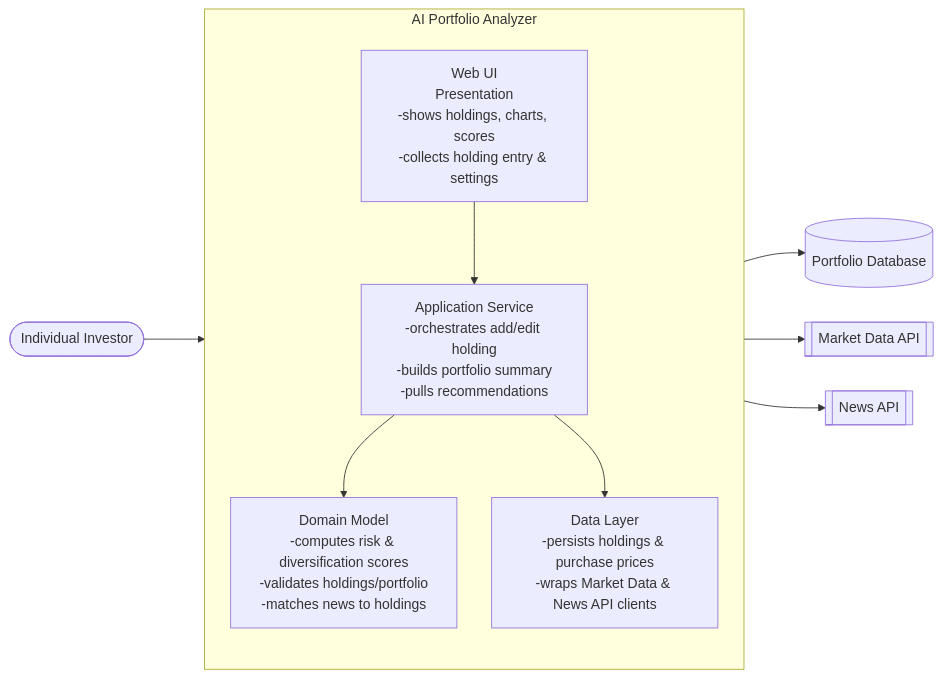
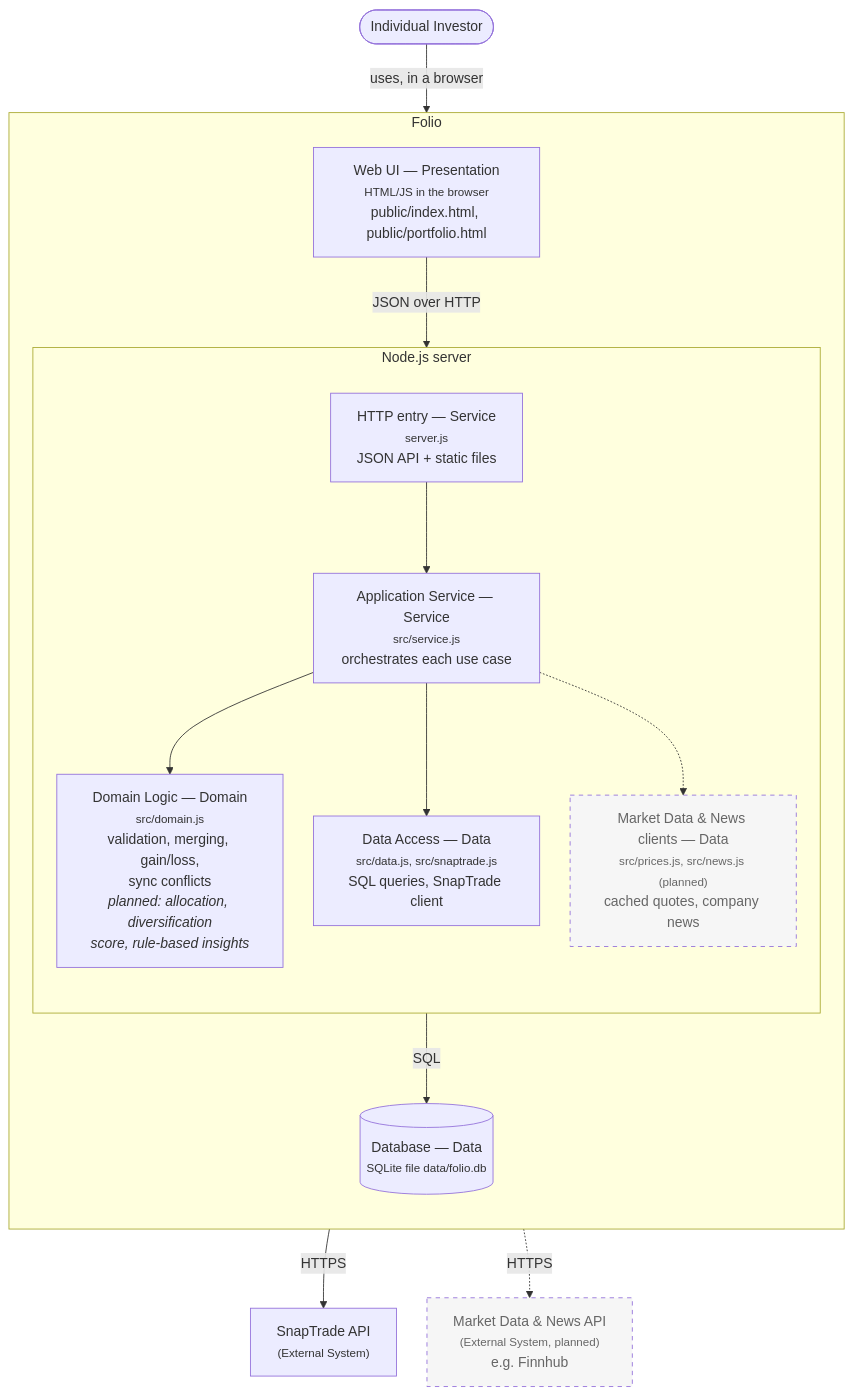
The second of 4 diagrams in README.md (dquin144/cen5064-project-quinones), drawn with Mermaid before and after one commit. The commit also changed other lines of this file and 2 other files, not shown here.

````diff
--- a/README.md
+++ b/README.md
@@ -75,24 +132,35 @@
 ```mermaid
-%%{init: {'flowchart': {'nodeSpacing': 40, 'rankSpacing': 70, 'curve': 'basis'}}}%%
-flowchart LR
-    user([Individual Investor])
- 
-    subgraph System [AI Portfolio Analyzer]
+%%{init: {'flowchart': {'nodeSpacing': 35, 'rankSpacing': 55, 'curve': 'basis'}}}%%
+flowchart TB
+    user(["Individual Investor"])
+
+    subgraph folio [Folio]
         direction TB
-        ui[Web UI<br/>Presentation<br/>-shows holdings, charts, scores<br/>-collects holding entry & settings]
-        service[Application Service<br/>-orchestrates add/edit holding<br/>-builds portfolio summary<br/>-pulls recommendations]
-        domain[Domain Model<br/>-computes risk & diversification scores<br/>-validates holdings/portfolio<br/>-matches news to holdings]
-        data[Data Layer<br/>-persists holdings & purchase prices<br/>-wraps Market Data & News API clients]
-        ui --> service --> domain
-        service --> data
+        ui["Web UI — Presentation<br/><small>HTML/JS in the browser</small><br/>public/index.html, public/portfolio.html"]
+        subgraph server [Node.js server]
+            direction TB
+            http["HTTP entry — Service<br/><small>server.js</small><br/>JSON API + static files"]
+            service["Application Service — Service<br/><small>src/service.js</small><br/>orchestrates each use case"]
+            domain["Domain Logic — Domain<br/><small>src/domain.js</small><br/>validation, merging, gain/loss,<br/>sync conflicts<br/><i>planned: allocation, diversification<br/>score, rule-based insights</i>"]
+            data["Data Access — Data<br/><small>src/data.js, src/snaptrade.js</small><br/>SQL queries, SnapTrade client"]
+            dataPlanned["Market Data & News clients — Data<br/><small>src/prices.js, src/news.js (planned)</small><br/>cached quotes, company news"]
+        end
+        db[("Database — Data<br/><small>SQLite file data/folio.db</small>")]
     end
- 
-    db[(Portfolio Database)]
-    marketApi[[Market Data API]]
-    newsApi[[News API]]
- 
-    user --> ui
-    data --> db
-    data --> marketApi
-    data --> newsApi
+
+    snaptrade["SnapTrade API<br/><small>(External System)</small>"]
+    market["Market Data & News API<br/><small>(External System, planned)</small><br/>e.g. Finnhub"]
+
+    user -->|uses, in a browser| ui
+    ui -->|JSON over HTTP| http
+    http --> service
+    service --> domain
+    service --> data
+    data -->|SQL| db
+    data -->|HTTPS| snaptrade
+    service -.-> dataPlanned
+    dataPlanned -.->|HTTPS| market
+
+    classDef planned stroke-dasharray: 5 5,fill:#f6f6f6,color:#666
+    class dataPlanned,market planned
 ```
````
